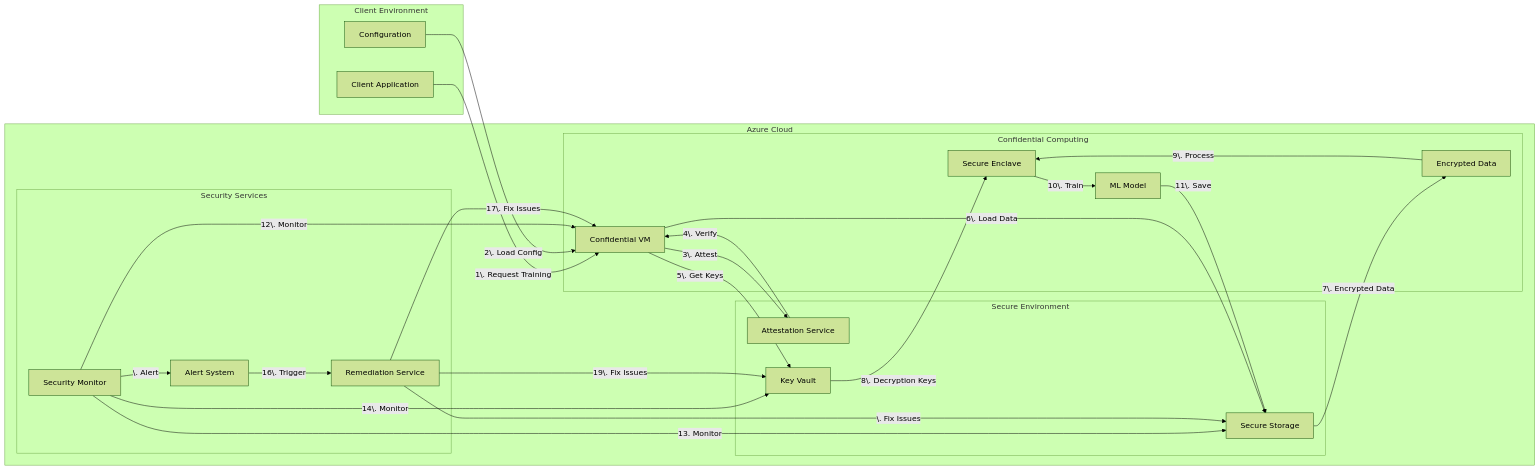
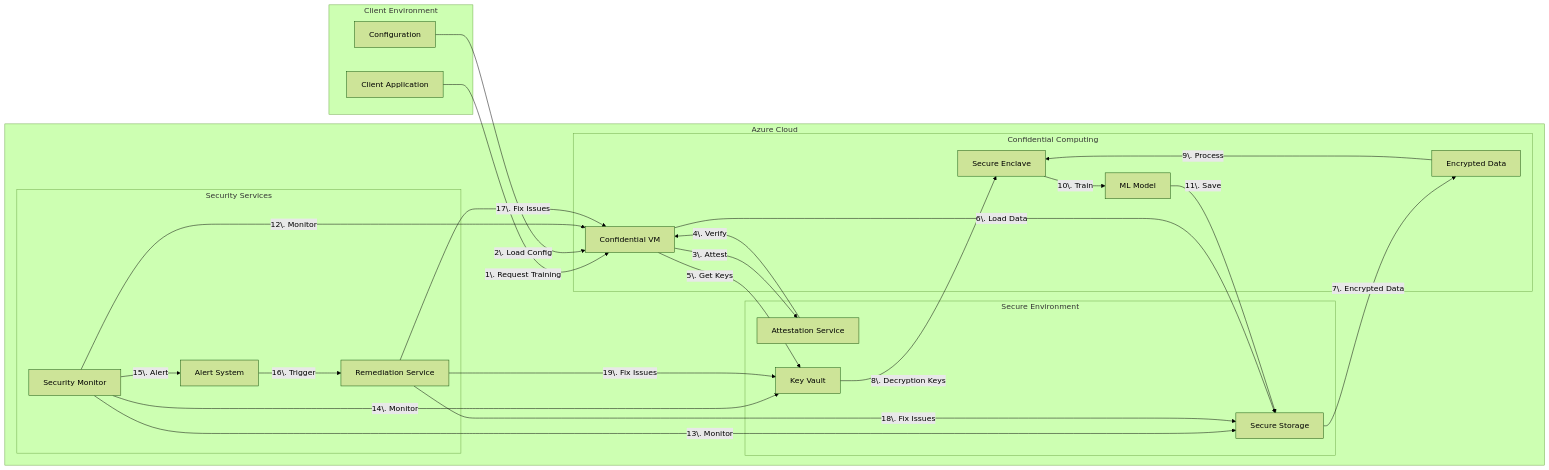
One commit to gitmujoshi/confidentialcomputingplatform changed the diagram in docs/diagrams/architecture.mmd. Above: the diagram before and after it, drawn with Mermaid (forest theme). The commit also changed 1 other file, not shown here.

Commit message:
updated diagrams

```diff
--- a/docs/diagrams/architecture.mmd
+++ b/docs/diagrams/architecture.mmd
@@ -1,46 +1,46 @@
 graph LR
     subgraph "Client Environment"
         Client[Client Application]
         Config[Configuration]
     end
 
     subgraph "Azure Cloud"
         subgraph "Secure Environment"
             Attest[Attestation Service]
             KeyVault[Key Vault]
             Storage[Secure Storage]
         end
 
         subgraph "Confidential Computing"
             VM[Confidential VM]
             Enclave[Secure Enclave]
             Model[ML Model]
             Data[Encrypted Data]
         end
 
         subgraph "Security Services"
             Monitor[Security Monitor]
             Alert[Alert System]
             Remediate[Remediation Service]
         end
     end
 
     Client -->|1\. Request Training| VM
     Config -->|2\. Load Config| VM
     VM -->|3\. Attest| Attest
     Attest -->|4\. Verify| VM
     VM -->|5\. Get Keys| KeyVault
     VM -->|6\. Load Data| Storage
     Storage -->|7\. Encrypted Data| Data
     KeyVault -->|8\. Decryption Keys| Enclave
     Data -->|9\. Process| Enclave
     Enclave -->|10\. Train| Model
     Model -->|11\. Save| Storage
     Monitor -->|12\. Monitor| VM
-    Monitor -->|13. Monitor| Storage
+    Monitor -->|13\. Monitor| Storage
     Monitor -->|14\. Monitor| KeyVault
-    Monitor -->|\. Alert| Alert
+    Monitor -->|15\. Alert| Alert
     Alert -->|16\. Trigger| Remediate
     Remediate -->|17\. Fix Issues| VM
-    Remediate -->|\. Fix Issues| Storage
+    Remediate -->|18\. Fix Issues| Storage
     Remediate -->|19\. Fix Issues| KeyVault 
```
